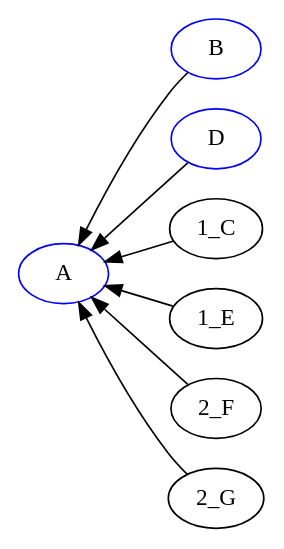
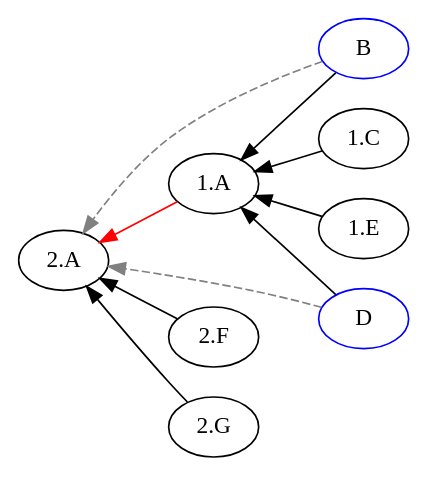
The diagram in example/output/abstract4/abstract4_pw_6.dot (EulerProject/EulerX), drawn with Graphviz before and after one commit. The commit also changed 30 other files, not shown here.

```diff
--- a/example/output/abstract4/abstract4_pw_6.dot
+++ b/example/output/abstract4/abstract4_pw_6.dot
@@ -1,16 +1,18 @@
 digraph {
 
 rankdir = RL
 
 "B" [color=blue];
 "D" [color=blue];
 "B" [color=blue];
-"A" [color=blue];
 "D" [color=blue];
-"1_C" -> "A" [style=filled, color=black];
-"1_E" -> "A" [style=filled, color=black];
-"2_F" -> "A" [style=filled, color=black];
-"2_G" -> "A" [style=filled, color=black];
-"B" -> "A" [style=filled, color=black];
-"D" -> "A" [style=filled, color=black];
+"1.C" -> "1.A" [style=filled, color=black];
+"1.E" -> "1.A" [style=filled, color=black];
+"2.F" -> "2.A" [style=filled, color=black];
+"2.G" -> "2.A" [style=filled, color=black];
+"1.A" -> "2.A" [style=filled, color=red];
+"B" -> "1.A" [style=filled, color=black];
+"D" -> "1.A" [style=filled, color=black];
+"B" -> "2.A" [style=dashed, color=grey];
+"D" -> "2.A" [style=dashed, color=grey];
 }
```
